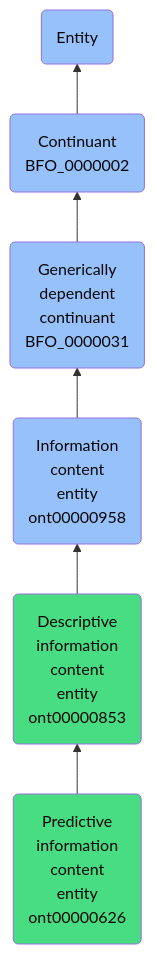
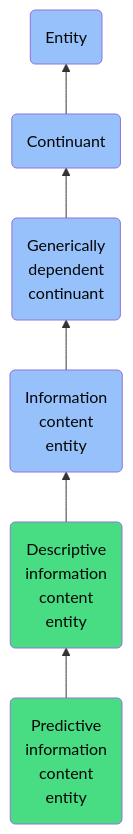
Before and after one commit to jupyter-naas/abi: the diagram in docs/ontology/reference/model/Entity/Continuant/Generically dependent continuant/Information content entity/Descriptive information content entity/Predictive information content entity/Predictive information content entity.md, drawn with Mermaid. The commit also changed other lines of this file and 1430 other files, not shown here.

````diff
--- a/docs/ontology/reference/model/Entity/Continuant/Generically dependent continuant/Information content entity/Descriptive information content entity/Predictive information content entity/Predictive information content entity.md
+++ b/docs/ontology/reference/model/Entity/Continuant/Generically dependent continuant/Information content entity/Descriptive information content entity/Predictive information content entity/Predictive information content entity.md
@@ -25,13 +25,13 @@
 ```mermaid
 graph BT
-    ont00000626(Predictive<br>information<br>content<br>entity<br>ont00000626):::ABI-->ont00000853
-    ont00000853(Descriptive<br>information<br>content<br>entity<br>ont00000853):::ABI-->ont00000958
-    ont00000958(Information<br>content<br>entity<br>ont00000958):::BFO-->BFO_0000031
-    BFO_0000031(Generically<br>dependent<br>continuant<br>BFO_0000031):::BFO-->BFO_0000002
-    BFO_0000002(Continuant<br>BFO_0000002):::BFO-->BFO_0000001
+    ont00000626(Predictive<br>information<br>content<br>entity):::ABI-->ont00000853
+    ont00000853(Descriptive<br>information<br>content<br>entity):::ABI-->ont00000958
+    ont00000958(Information<br>content<br>entity):::BFO-->BFO_0000031
+    BFO_0000031(Generically<br>dependent<br>continuant):::BFO-->BFO_0000002
+    BFO_0000002(Continuant):::BFO-->BFO_0000001
     BFO_0000001(Entity):::BFO
     
     classDef BFO fill:#97c1fb,color:#060606
     classDef CCO fill:#e4c51e,color:#060606
     classDef ABI fill:#48DD82,color:#060606
 ```
````
